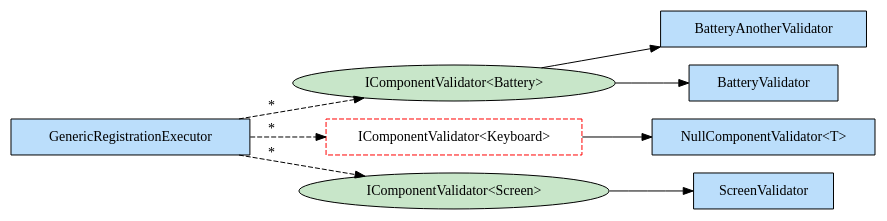
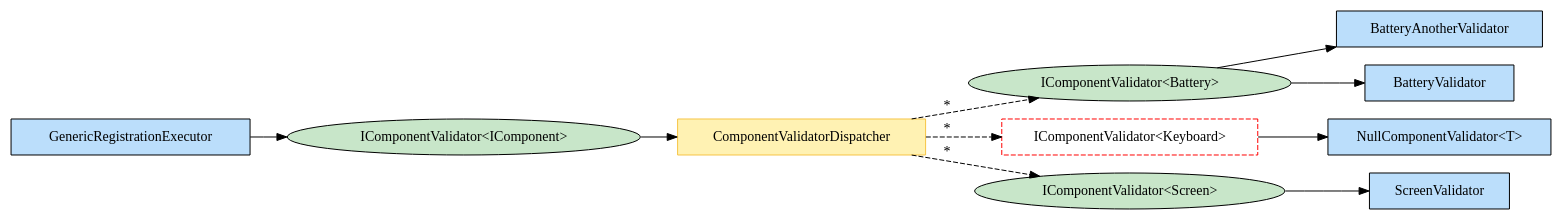
One commit to arika0093/Qudi changed the diagram in examples/Qudi.Example.Readme/exported/GenericRegistrationExecutor.dot. Above: the diagram before and after it, drawn with Graphviz. The commit also changed 3 other files, not shown here.

Commit message:
feat: add ComponentValidatorDispatcher for improved component validation routing

```diff
--- a/examples/Qudi.Example.Readme/exported/GenericRegistrationExecutor.dot
+++ b/examples/Qudi.Example.Readme/exported/GenericRegistrationExecutor.dot
@@ -1,19 +1,23 @@
 digraph Qudi {
   rankdir=LR;
 node [shape=box, fontname="Consolas"];
   "Qudi.Examples.GenericRegistration.BatteryAnotherValidator" [label="BatteryAnotherValidator", shape=box, style=filled, fillcolor="#bbdefb"];
   "Qudi.Examples.GenericRegistration.BatteryValidator" [label="BatteryValidator", shape=box, style=filled, fillcolor="#bbdefb"];
+  "Qudi.Examples.GenericRegistration.ComponentValidatorDispatcher" [label="ComponentValidatorDispatcher", shape=box, style=filled, fillcolor="#fff2b3", color="#f6c445"];
   "Qudi.Examples.GenericRegistration.GenericRegistrationExecutor" [label="GenericRegistrationExecutor", shape=box, style=filled, fillcolor="#bbdefb"];
   "Qudi.Examples.GenericRegistration.IComponentValidator<Qudi.Examples.GenericRegistration.Battery>" [label="IComponentValidator<Battery>", shape=ellipse, style=filled, fillcolor="#c8e6c9"];
+  "Qudi.Examples.GenericRegistration.IComponentValidator<Qudi.Examples.GenericRegistration.IComponent>" [label="IComponentValidator<IComponent>", shape=ellipse, style=filled, fillcolor="#c8e6c9"];
   "Qudi.Examples.GenericRegistration.IComponentValidator<Qudi.Examples.GenericRegistration.Keyboard>" [label="IComponentValidator<Keyboard>", shape=box, style=dashed, color=red];
   "Qudi.Examples.GenericRegistration.IComponentValidator<Qudi.Examples.GenericRegistration.Screen>" [label="IComponentValidator<Screen>", shape=ellipse, style=filled, fillcolor="#c8e6c9"];
   "Qudi.Examples.GenericRegistration.NullComponentValidator<T>" [label="NullComponentValidator<T>", shape=box, style=filled, fillcolor="#bbdefb"];
   "Qudi.Examples.GenericRegistration.ScreenValidator" [label="ScreenValidator", shape=box, style=filled, fillcolor="#bbdefb"];
   "Qudi.Examples.GenericRegistration.IComponentValidator<Qudi.Examples.GenericRegistration.Battery>" -> "Qudi.Examples.GenericRegistration.BatteryValidator";
   "Qudi.Examples.GenericRegistration.IComponentValidator<Qudi.Examples.GenericRegistration.Battery>" -> "Qudi.Examples.GenericRegistration.BatteryAnotherValidator";
   "Qudi.Examples.GenericRegistration.IComponentValidator<Qudi.Examples.GenericRegistration.Screen>" -> "Qudi.Examples.GenericRegistration.ScreenValidator";
-  "Qudi.Examples.GenericRegistration.GenericRegistrationExecutor" -> "Qudi.Examples.GenericRegistration.IComponentValidator<Qudi.Examples.GenericRegistration.Battery>" [label="*", style=dashed];
-  "Qudi.Examples.GenericRegistration.GenericRegistrationExecutor" -> "Qudi.Examples.GenericRegistration.IComponentValidator<Qudi.Examples.GenericRegistration.Screen>" [label="*", style=dashed];
-  "Qudi.Examples.GenericRegistration.GenericRegistrationExecutor" -> "Qudi.Examples.GenericRegistration.IComponentValidator<Qudi.Examples.GenericRegistration.Keyboard>" [label="*", style=dashed];
+  "Qudi.Examples.GenericRegistration.GenericRegistrationExecutor" -> "Qudi.Examples.GenericRegistration.IComponentValidator<Qudi.Examples.GenericRegistration.IComponent>";
+  "Qudi.Examples.GenericRegistration.IComponentValidator<Qudi.Examples.GenericRegistration.IComponent>" -> "Qudi.Examples.GenericRegistration.ComponentValidatorDispatcher";
+  "Qudi.Examples.GenericRegistration.ComponentValidatorDispatcher" -> "Qudi.Examples.GenericRegistration.IComponentValidator<Qudi.Examples.GenericRegistration.Battery>" [label="*", style=dashed];
+  "Qudi.Examples.GenericRegistration.ComponentValidatorDispatcher" -> "Qudi.Examples.GenericRegistration.IComponentValidator<Qudi.Examples.GenericRegistration.Screen>" [label="*", style=dashed];
+  "Qudi.Examples.GenericRegistration.ComponentValidatorDispatcher" -> "Qudi.Examples.GenericRegistration.IComponentValidator<Qudi.Examples.GenericRegistration.Keyboard>" [label="*", style=dashed];
   "Qudi.Examples.GenericRegistration.IComponentValidator<Qudi.Examples.GenericRegistration.Keyboard>" -> "Qudi.Examples.GenericRegistration.NullComponentValidator<T>";
 }
```
